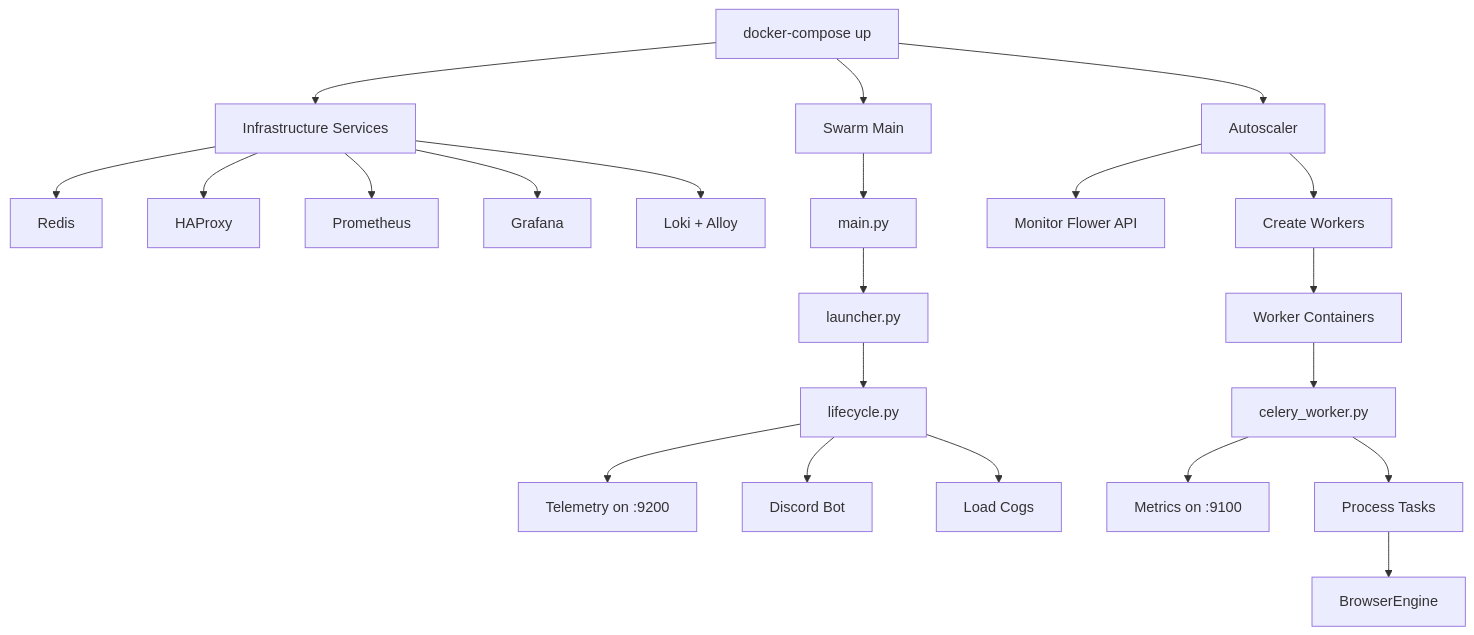
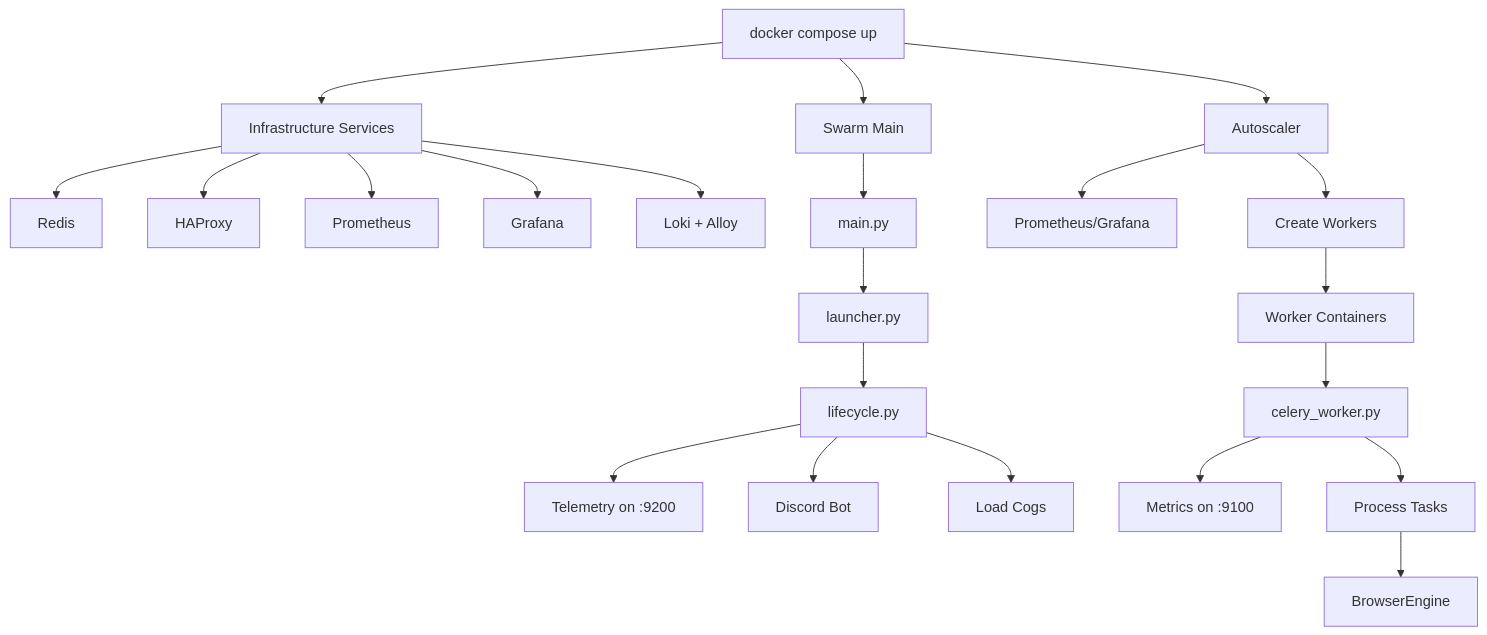
Before and after one commit to wagner-austin/swarm: the diagram in docs/service-architecture.md, drawn with Mermaid. The commit also changed other lines of this file and 7 other files, not shown here.

````diff
--- a/docs/service-architecture.md
+++ b/docs/service-architecture.md
@@ -49,27 +49,27 @@
 ```mermaid
 graph TD
-    A[docker-compose up] --> B[Infrastructure Services]
+    A[docker compose up] --> B[Infrastructure Services]
     B --> B1[Redis]
     B --> B2[HAProxy]
     B --> B3[Prometheus]
     B --> B4[Grafana]
     B --> B5[Loki + Alloy]
     
     A --> C[Swarm Main]
     C --> C1[main.py]
     C1 --> C2[launcher.py]
     C2 --> C3[lifecycle.py]
     C3 --> C4[Telemetry on :9200]
     C3 --> C5[Discord Bot]
     C3 --> C6[Load Cogs]
     
     A --> D[Autoscaler]
-    D --> D1[Monitor Flower API]
+    D --> D1[Prometheus/Grafana]
     D --> D2[Create Workers]
     
     D2 --> E[Worker Containers]
     E --> E1[celery_worker.py]
     E1 --> E2[Metrics on :9100]
     E1 --> E3[Process Tasks]
     E3 --> E4[BrowserEngine]
 ```
````
